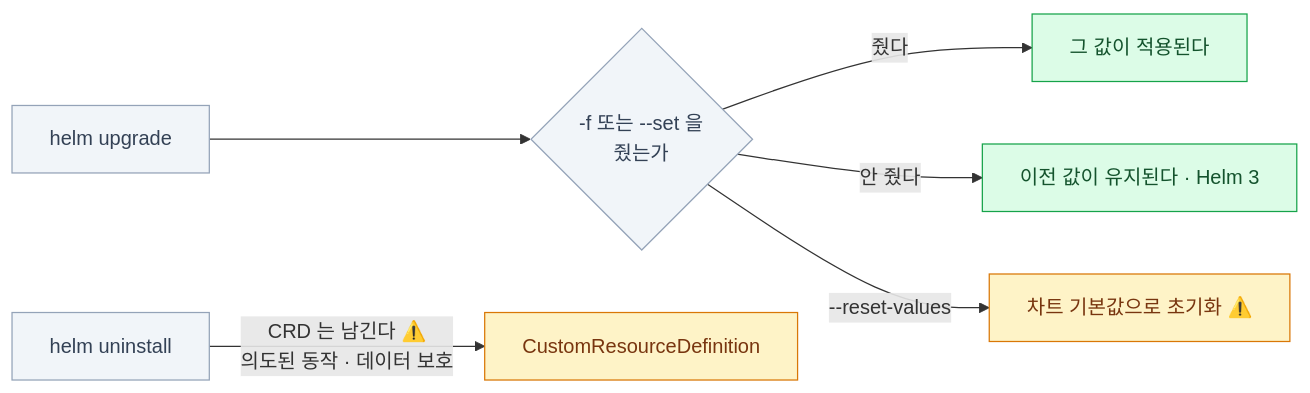
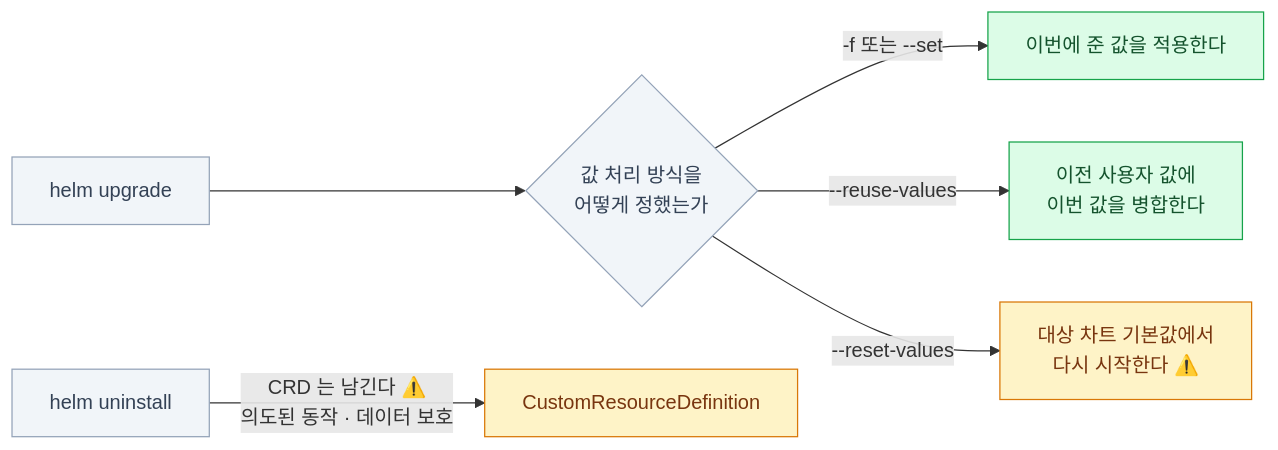
Before and after one commit to mechurak/study-starlight: the third of 6 diagrams in src/content/docs/cka/16-helm-kustomize.mdx, drawn with Mermaid. The commit also changed other lines of this file and 16 other files, not shown here.

````diff
--- a/src/content/docs/cka/16-helm-kustomize.mdx
+++ b/src/content/docs/cka/16-helm-kustomize.mdx
@@ -241,15 +242,15 @@
 ```mermaid
 flowchart LR
-    U["helm upgrade"] --> Q{"-f 또는 --set 을<br/>줬는가"}
-    Q -->|"줬다"| NEW["그 값이 적용된다"]
-    Q -->|"안 줬다"| KEEP["이전 값이 유지된다 · Helm 3"]
-    Q -->|"--reset-values"| RESET["차트 기본값으로 초기화 ⚠️"]
+    U["helm upgrade"] --> Q{"값 처리 방식을<br/>어떻게 정했는가"}
+    Q -->|"-f 또는 --set"| NEW["이번에 준 값을 적용한다"]
+    Q -->|"--reuse-values"| KEEP["이전 사용자 값에<br/>이번 값을 병합한다"]
+    Q -->|"--reset-values"| RESET["대상 차트 기본값에서<br/>다시 시작한다 ⚠️"]
     UN["helm uninstall"] -->|"CRD 는 남긴다 ⚠️<br/>의도된 동작 · 데이터 보호"| CRD["CustomResourceDefinition"]
 
     classDef ok fill:#dcfce7,stroke:#16a34a,color:#14532d
     classDef warn fill:#fef3c7,stroke:#d97706,color:#78350f
     classDef mute fill:#f1f5f9,stroke:#94a3b8,color:#334155
     class NEW,KEEP ok
     class RESET,CRD warn
     class U,Q,UN mute
 ```
````
